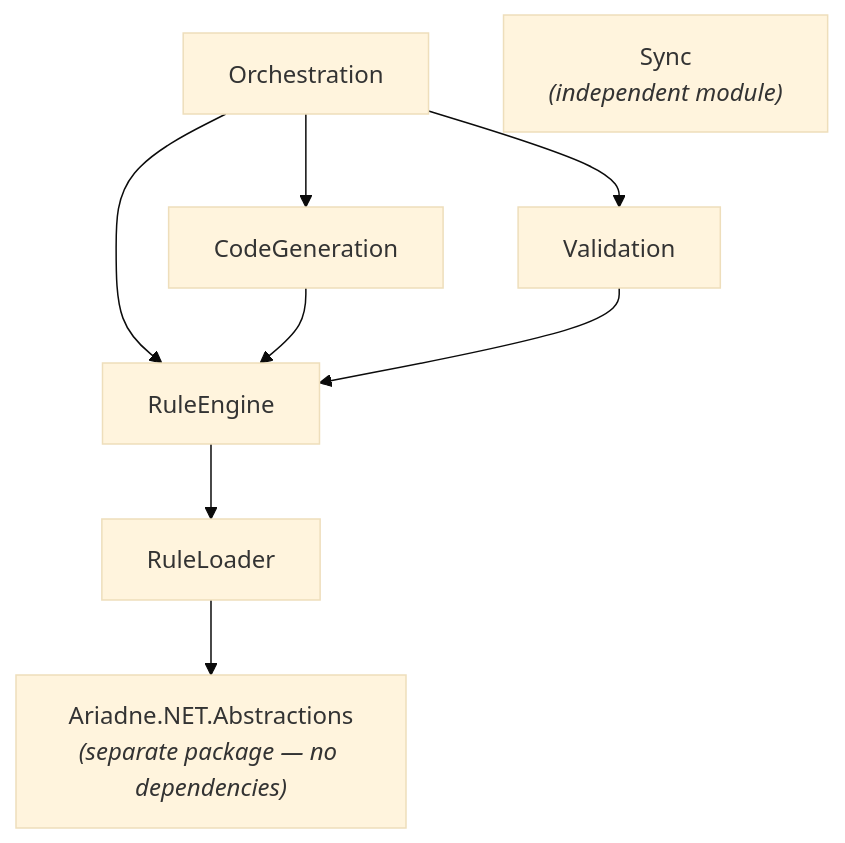
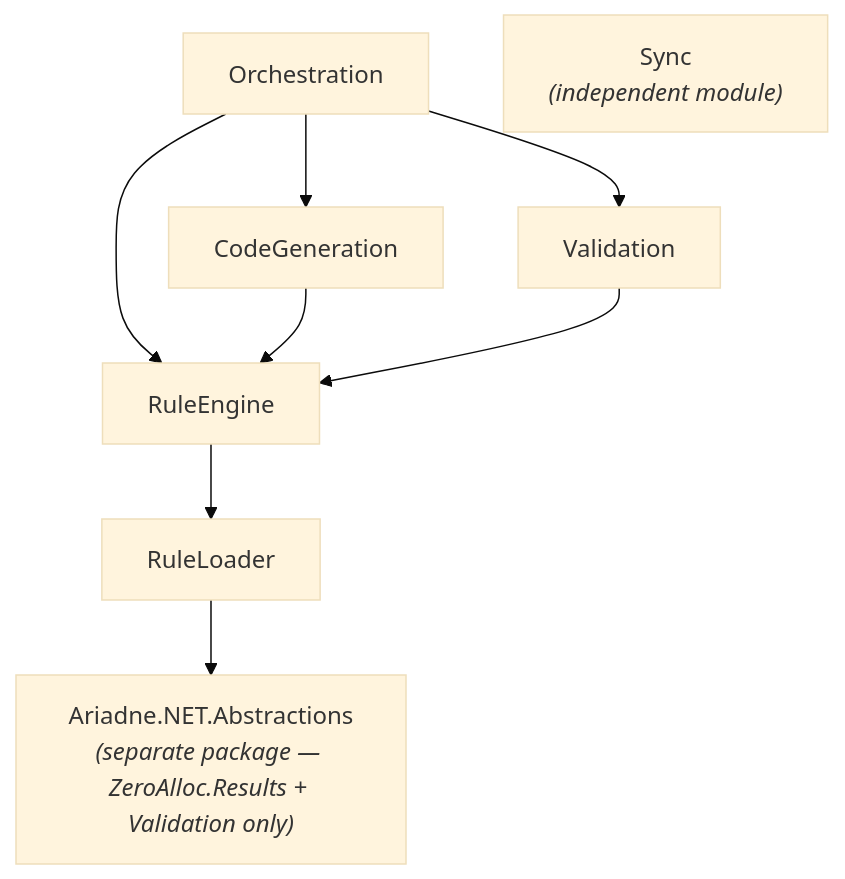
Before and after one commit to MarcelRoozekrans/Ariadne.NET: the fourth of 4 diagrams in docs-site/docs/how-it-works/02-architecture.md, drawn with Mermaid (base theme). The commit also changed other lines of this file and 10 other files, not shown here.

First line of the commit message:
docs: document Results, ZeroAlloc conventions and deferrals

````diff
--- a/docs-site/docs/how-it-works/02-architecture.md
+++ b/docs-site/docs/how-it-works/02-architecture.md
@@ -69,11 +69,11 @@
 ```mermaid
 graph TD
     Orchestration --> CodeGeneration
     Orchestration --> Validation
     Orchestration --> RuleEngine
     CodeGeneration --> RuleEngine
     Validation --> RuleEngine
     RuleEngine --> RuleLoader
-    RuleLoader --> Abstractions["Ariadne.NET.Abstractions<br/><i>(separate package — no dependencies)</i>"]
+    RuleLoader --> Abstractions["Ariadne.NET.Abstractions<br/><i>(separate package — ZeroAlloc.Results + Validation only)</i>"]
     Sync["Sync<br/><i>(independent module)</i>"]
 ```
````
